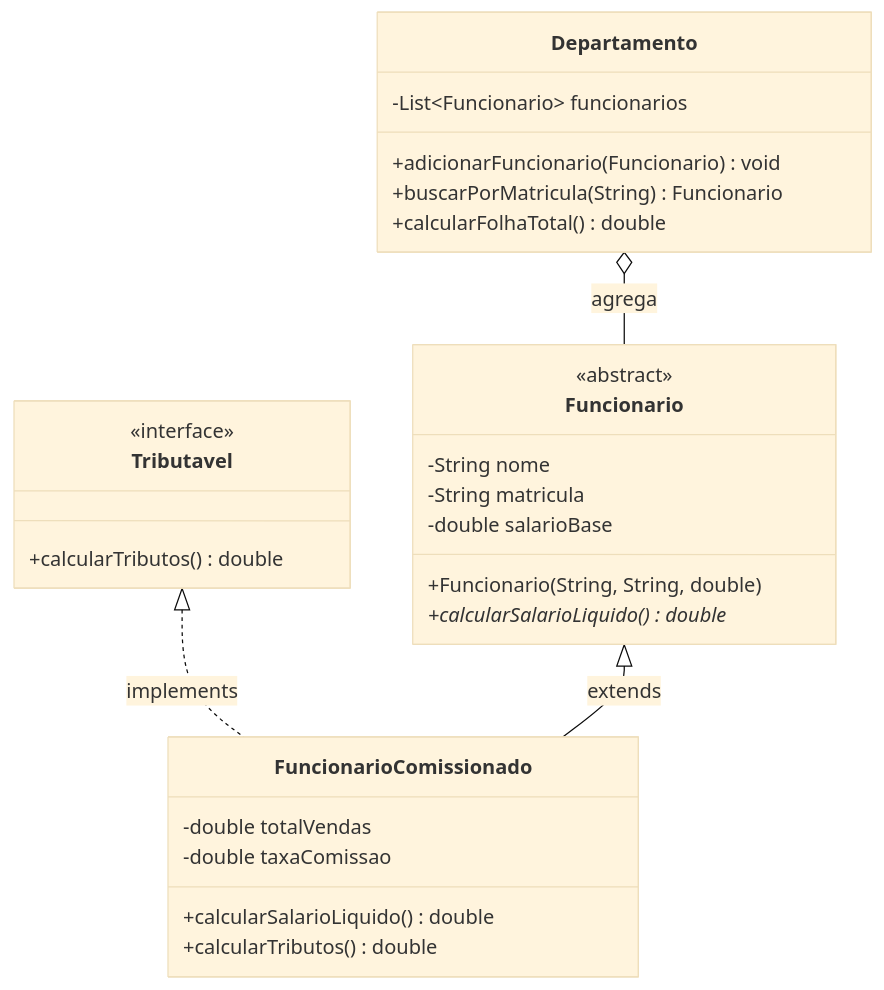
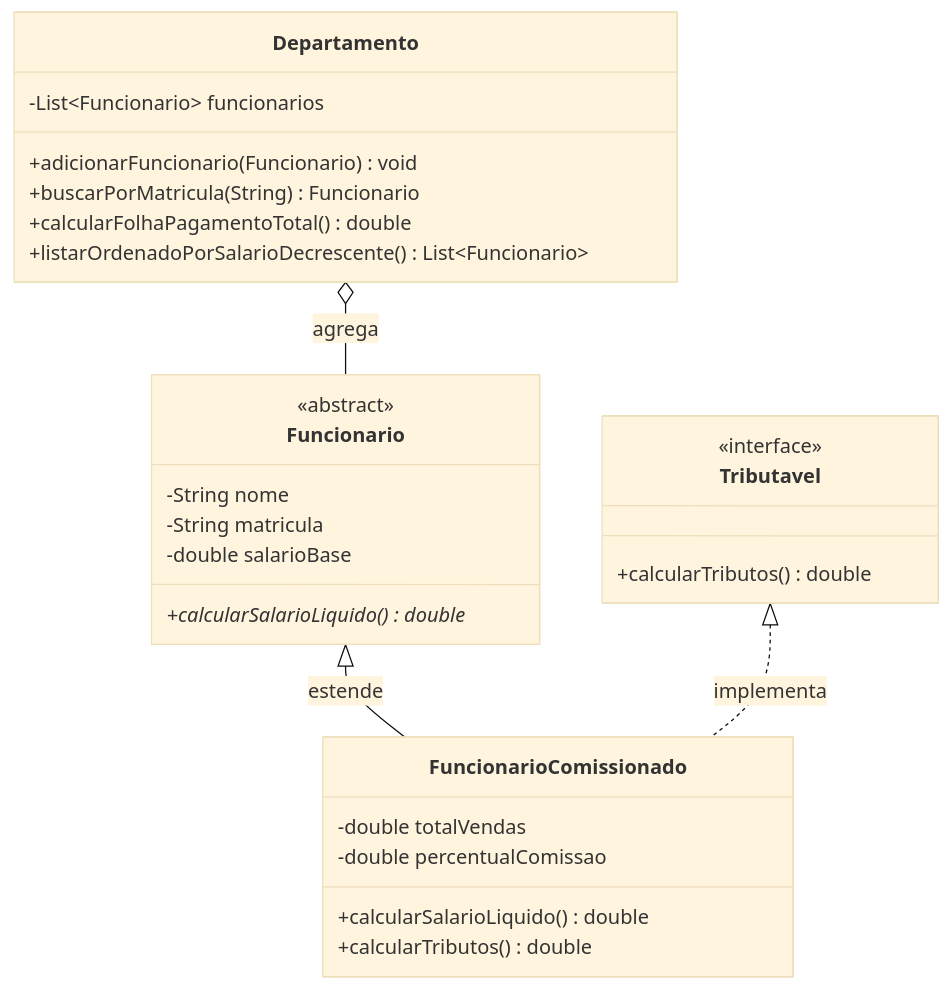
One commit to murilolol/unifef changed diagram 16 of 17 in 3º Semestre/[Prof. Jefferson Passerini] Laboratório de Programação III/Resumos-IA/Caderno-Consolidado.md. Above: the diagram before and after it, drawn with Mermaid (base theme). The commit also changed other lines of this file and 10 other files, not shown here.

````diff
--- a/3º Semestre/[Prof. Jefferson Passerini] Laboratório de Programação III/Resumos-IA/Caderno-Consolidado.md
+++ b/3º Semestre/[Prof. Jefferson Passerini] Laboratório de Programação III/Resumos-IA/Caderno-Consolidado.md
@@ -1667,34 +1982,31 @@
 ```mermaid
 classDiagram
     class Tributavel {
         <<interface>>
         +calcularTributos() double
     }
-
     class Funcionario {
         <<abstract>>
         -String nome
         -String matricula
         -double salarioBase
-        +Funcionario(String, String, double)
         +calcularSalarioLiquido()* double
     }
-
     class FuncionarioComissionado {
         -double totalVendas
-        -double taxaComissao
+        -double percentualComissao
         +calcularSalarioLiquido() double
         +calcularTributos() double
     }
-
     class Departamento {
         -List~Funcionario~ funcionarios
         +adicionarFuncionario(Funcionario) void
         +buscarPorMatricula(String) Funcionario
-        +calcularFolhaTotal() double
+        +calcularFolhaPagamentoTotal() double
+        +listarOrdenadoPorSalarioDecrescente() List~Funcionario~
     }
 
-    Tributavel <|.. FuncionarioComissionado : implements
-    Funcionario <|-- FuncionarioComissionado : extends
+    Funcionario <|-- FuncionarioComissionado : estende
+    Tributavel <|.. FuncionarioComissionado : implementa
     Departamento o-- Funcionario : agrega
 ```
````
